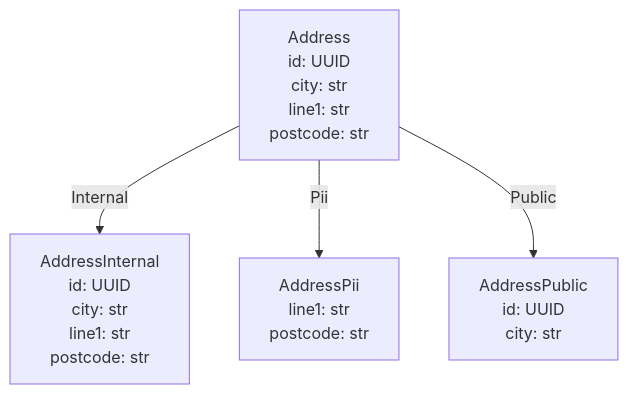
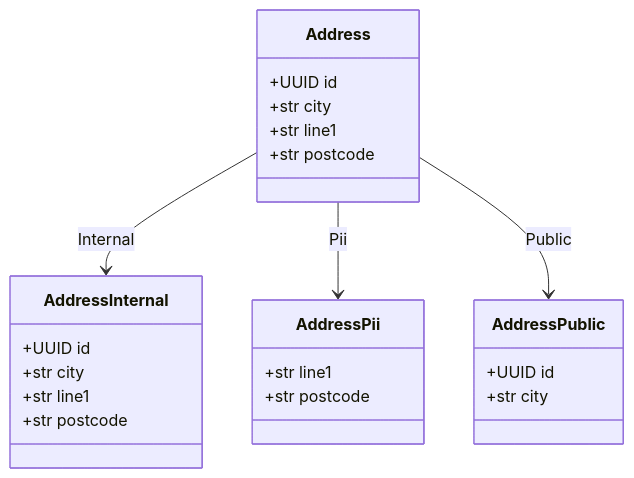
One commit to release-art/pydantic-prism changed the second of 6 diagrams in examples/pii_dataflow/README.md. Above: the diagram before and after it, drawn with Mermaid. The commit also changed other lines of this file and 7 other files, not shown here.

````diff
--- a/examples/pii_dataflow/README.md
+++ b/examples/pii_dataflow/README.md
@@ -21,11 +21,27 @@
 ```mermaid
-graph TD
-    Address["Address<br/>id: UUID<br/>city: str<br/>line1: str<br/>postcode: str"]
-    AddressInternal["AddressInternal<br/>id: UUID<br/>city: str<br/>line1: str<br/>postcode: str"]
-    AddressPii["AddressPii<br/>line1: str<br/>postcode: str"]
-    AddressPublic["AddressPublic<br/>id: UUID<br/>city: str"]
-    Address -->|"Internal"| AddressInternal
-    Address -->|"Pii"| AddressPii
-    Address -->|"Public"| AddressPublic
-    classDef partial stroke-dasharray: 5 5;
+classDiagram
+    direction TB
+    class Address {
+        +UUID id
+        +str city
+        +str line1
+        +str postcode
+    }
+    class AddressInternal {
+        +UUID id
+        +str city
+        +str line1
+        +str postcode
+    }
+    class AddressPii {
+        +str line1
+        +str postcode
+    }
+    class AddressPublic {
+        +UUID id
+        +str city
+    }
+    Address --> AddressInternal : Internal
+    Address --> AddressPii : Pii
+    Address --> AddressPublic : Public
 ```
````
